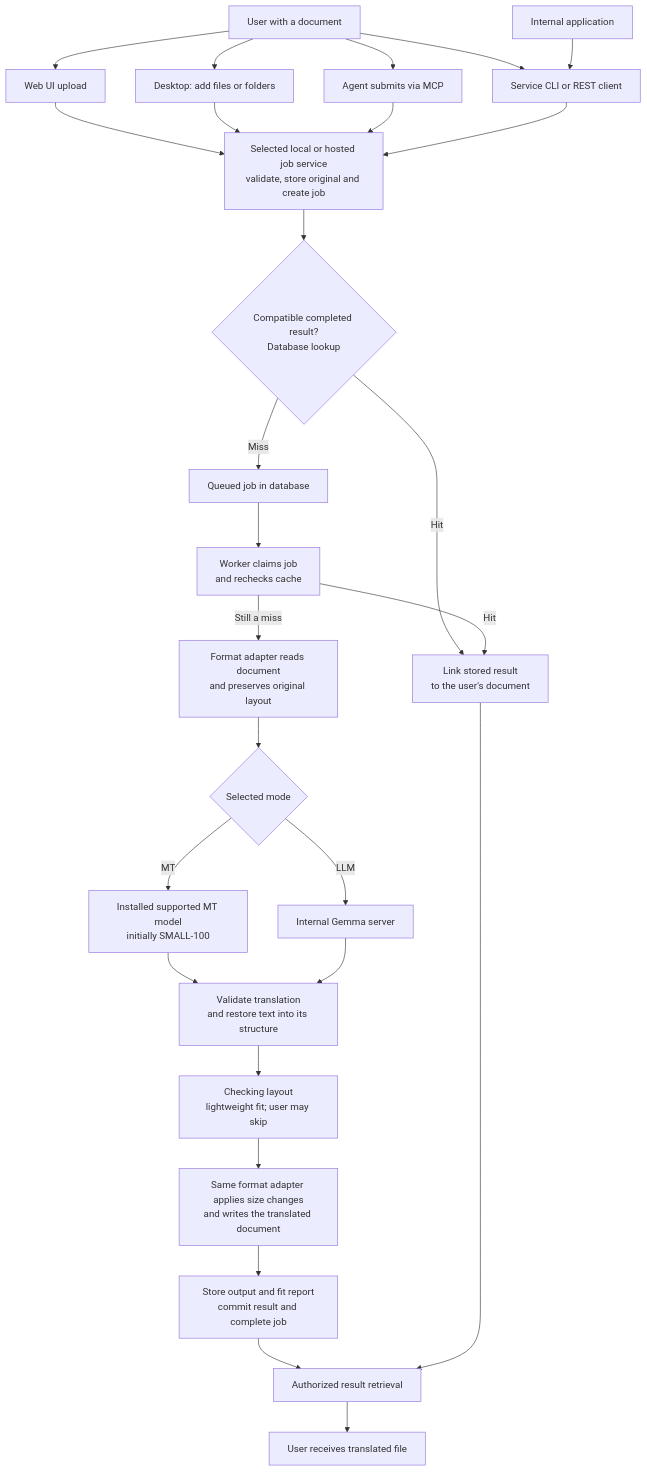
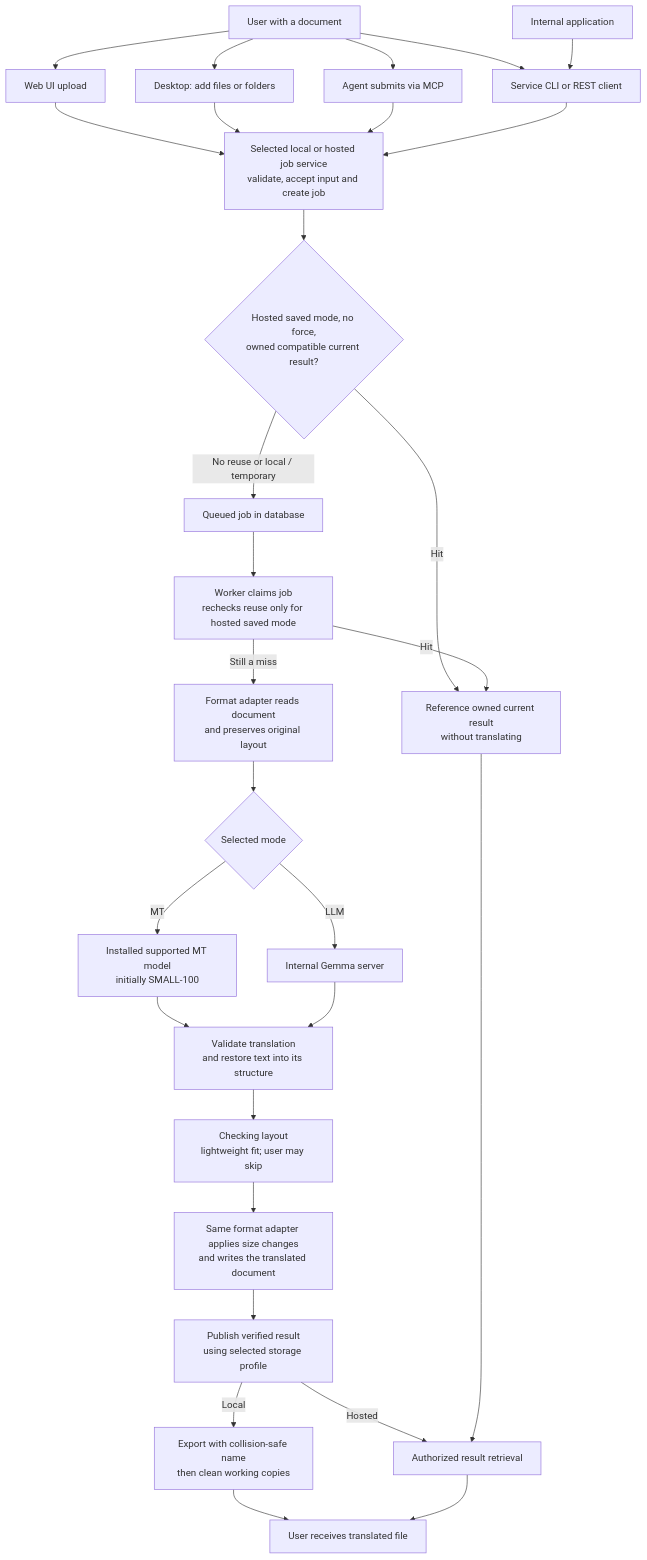
The first of 18 diagrams in docs/Architecture.md (mlei06/document-translator), drawn with Mermaid before and after one commit. The commit also changed other lines of this file and 19 other files, not shown here.

Commit message:
docs: define storage profiles and owned translation replacement

````diff
--- a/docs/Architecture.md
+++ b/docs/Architecture.md
@@ -47,29 +49,31 @@
 ```mermaid
 flowchart TD
     U["User with a document"] --> UI["Web UI upload"]
     U --> CLI["Service CLI or REST client"]
     U --> DESKTOP["Desktop: add files or folders"]
     INTERNAL["Internal application"] --> CLI
     U --> MCP["Agent submits via MCP"]
-    UI --> JOB["Selected local or hosted job service<br/>validate, store original and create job"]
+    UI --> JOB["Selected local or hosted job service<br/>validate, accept input and create job"]
     DESKTOP --> JOB
     MCP --> JOB
     CLI --> JOB
-    JOB --> CACHE{"Compatible completed result?<br/>Database lookup"}
-    CACHE -->|Hit| REUSE["Link stored result<br/>to the user's document"]
-    CACHE -->|Miss| QUEUE["Queued job in database"]
-    QUEUE --> WORKER["Worker claims job<br/>and rechecks cache"]
+    JOB --> CACHE{"Hosted saved mode, no force,<br/>owned compatible current result?"}
+    CACHE -->|Hit| REUSE["Reference owned current result<br/>without translating"]
+    CACHE -->|No reuse or local / temporary| QUEUE["Queued job in database"]
+    QUEUE --> WORKER["Worker claims job<br/>rechecks reuse only for hosted saved mode"]
     WORKER -->|Hit| REUSE
     WORKER -->|Still a miss| READ["Format adapter reads document<br/>and preserves original layout"]
     READ --> MODE{"Selected mode"}
     MODE -->|MT| MT["Installed supported MT model<br/>initially SMALL-100"]
     MODE -->|LLM| LLM["Internal Gemma server"]
     MT --> APPLY["Validate translation<br/>and restore text into its structure"]
     LLM --> APPLY
     APPLY --> FIT["Checking layout<br/>lightweight fit; user may skip"]
     FIT --> WRITE["Same format adapter applies size changes<br/>and writes the translated document"]
-    WRITE --> STORE["Store output and fit report<br/>commit result and complete job"]
-    STORE --> DOWNLOAD["Authorized result retrieval"]
+    WRITE --> STORE["Publish verified result<br/>using selected storage profile"]
+    STORE -->|Hosted| DOWNLOAD["Authorized result retrieval"]
+    STORE -->|Local| EXPORT["Export with collision-safe name<br/>then clean working copies"]
+    EXPORT --> RESULT
     REUSE --> DOWNLOAD
     DOWNLOAD --> RESULT["User receives translated file"]
 ```
````
